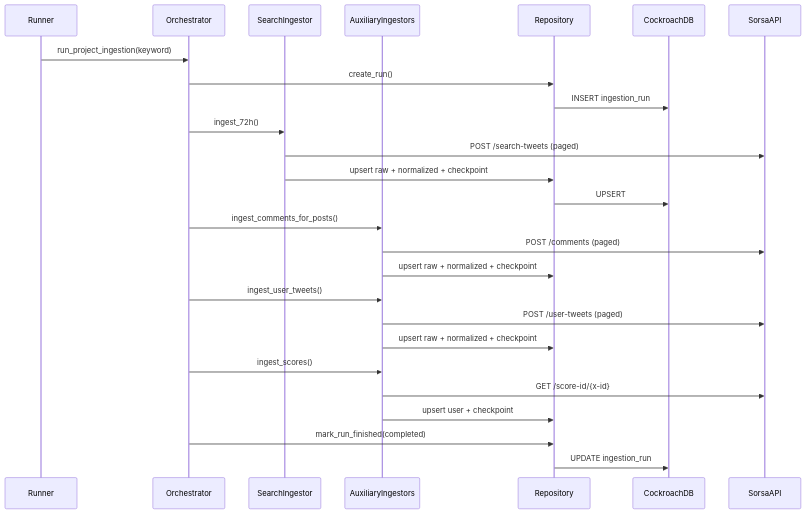
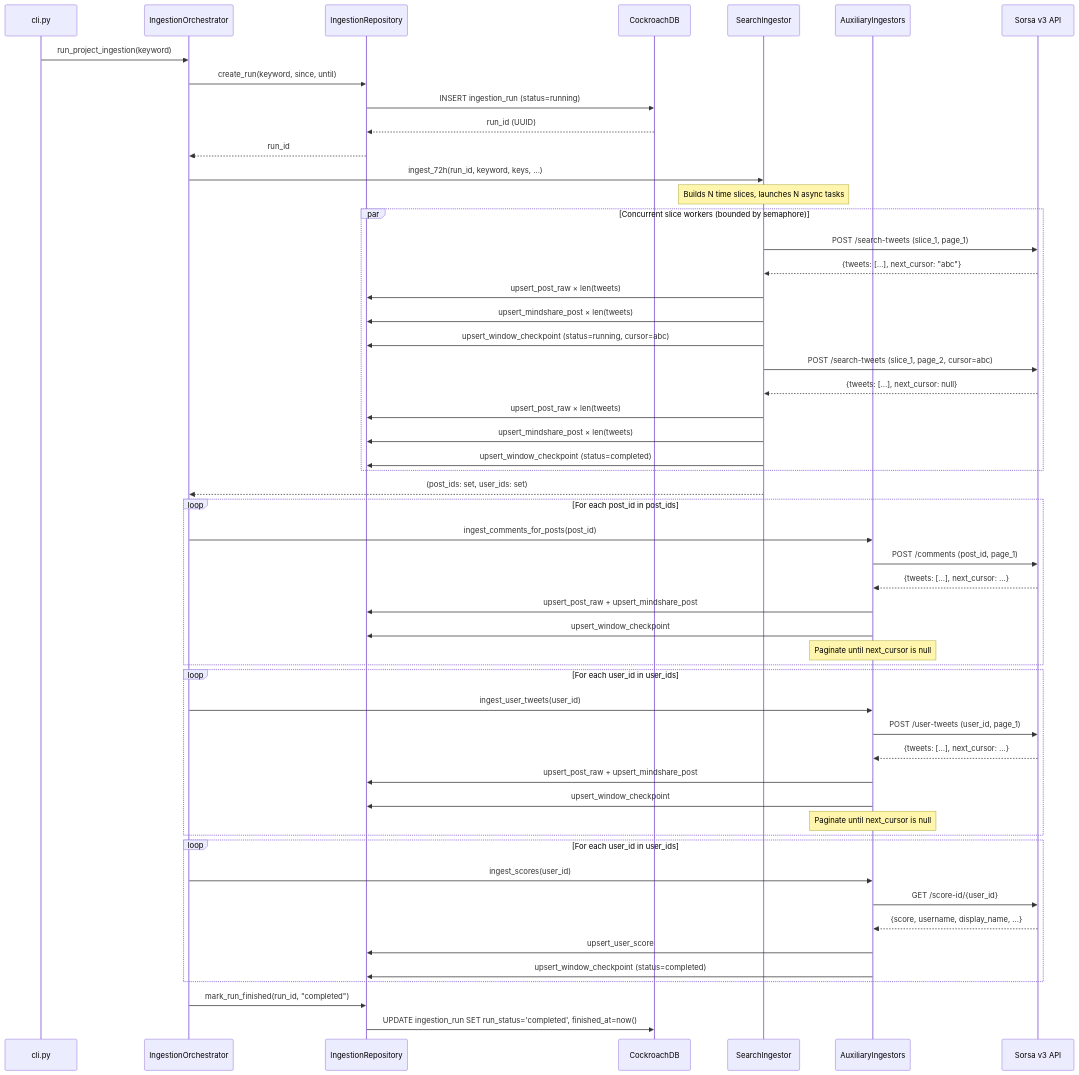
Before and after one commit to BabinJoshi/Sorsa: the first of 2 diagrams in ingestion-docs/docs/pipeline-behavior.md, drawn with Mermaid. The commit also changed other lines of this file and 26 other files, not shown here.

Commit message:
updated the script to run concurrently in different slices

````diff
--- a/ingestion-docs/docs/pipeline-behavior.md
+++ b/ingestion-docs/docs/pipeline-behavior.md
@@ -47,34 +9,63 @@
 ```mermaid
 sequenceDiagram
-    participant Trigger as Runner
-    participant Orch as Orchestrator
+    participant CLI as cli.py
+    participant Orch as IngestionOrchestrator
+    participant Repo as IngestionRepository
+    participant DB as CockroachDB
     participant Search as SearchIngestor
     participant Aux as AuxiliaryIngestors
-    participant Repo as Repository
-    participant DB as CockroachDB
-    participant API as SorsaAPI
+    participant API as Sorsa v3 API
 
-    Trigger->>Orch: run_project_ingestion(keyword)
-    Orch->>Repo: create_run()
-    Repo->>DB: INSERT ingestion_run
+    CLI->>Orch: run_project_ingestion(keyword)
+    Orch->>Repo: create_run(keyword, since, until)
+    Repo->>DB: INSERT ingestion_run (status=running)
+    DB-->>Repo: run_id (UUID)
+    Repo-->>Orch: run_id
 
-    Orch->>Search: ingest_72h()
-    Search->>API: POST /search-tweets (paged)
-    Search->>Repo: upsert raw + normalized + checkpoint
-    Repo->>DB: UPSERT
+    Orch->>Search: ingest_72h(run_id, keyword, keys, ...)
+    Note over Search: Builds N time slices, launches N async tasks
 
-    Orch->>Aux: ingest_comments_for_posts()
-    Aux->>API: POST /comments (paged)
-    Aux->>Repo: upsert raw + normalized + checkpoint
+    par Concurrent slice workers (bounded by semaphore)
+        Search->>API: POST /search-tweets (slice_1, page_1)
+        API-->>Search: {tweets: [...], next_cursor: "abc"}
+        Search->>Repo: upsert_post_raw × len(tweets)
+        Search->>Repo: upsert_mindshare_post × len(tweets)
+        Search->>Repo: upsert_window_checkpoint (status=running, cursor=abc)
+        Search->>API: POST /search-tweets (slice_1, page_2, cursor=abc)
+        API-->>Search: {tweets: [...], next_cursor: null}
+        Search->>Repo: upsert_post_raw × len(tweets)
+        Search->>Repo: upsert_mindshare_post × len(tweets)
+        Search->>Repo: upsert_window_checkpoint (status=completed)
+    end
 
-    Orch->>Aux: ingest_user_tweets()
-    Aux->>API: POST /user-tweets (paged)
-    Aux->>Repo: upsert raw + normalized + checkpoint
+    Search-->>Orch: (post_ids: set, user_ids: set)
 
-    Orch->>Aux: ingest_scores()
-    Aux->>API: GET /score-id/{x-id}
-    Aux->>Repo: upsert user + checkpoint
+    loop For each post_id in post_ids
+        Orch->>Aux: ingest_comments_for_posts(post_id)
+        Aux->>API: POST /comments (post_id, page_1)
+        API-->>Aux: {tweets: [...], next_cursor: ...}
+        Aux->>Repo: upsert_post_raw + upsert_mindshare_post
+        Aux->>Repo: upsert_window_checkpoint
+        Note over Aux: Paginate until next_cursor is null
+    end
 
-    Orch->>Repo: mark_run_finished(completed)
-    Repo->>DB: UPDATE ingestion_run
+    loop For each user_id in user_ids
+        Orch->>Aux: ingest_user_tweets(user_id)
+        Aux->>API: POST /user-tweets (user_id, page_1)
+        API-->>Aux: {tweets: [...], next_cursor: ...}
+        Aux->>Repo: upsert_post_raw + upsert_mindshare_post
+        Aux->>Repo: upsert_window_checkpoint
+        Note over Aux: Paginate until next_cursor is null
+    end
+
+    loop For each user_id in user_ids
+        Orch->>Aux: ingest_scores(user_id)
+        Aux->>API: GET /score-id/{user_id}
+        API-->>Aux: {score, username, display_name, ...}
+        Aux->>Repo: upsert_user_score
+        Aux->>Repo: upsert_window_checkpoint (status=completed)
+    end
+
+    Orch->>Repo: mark_run_finished(run_id, "completed")
+    Repo->>DB: UPDATE ingestion_run SET run_status='completed', finished_at=now()
 ```
````
